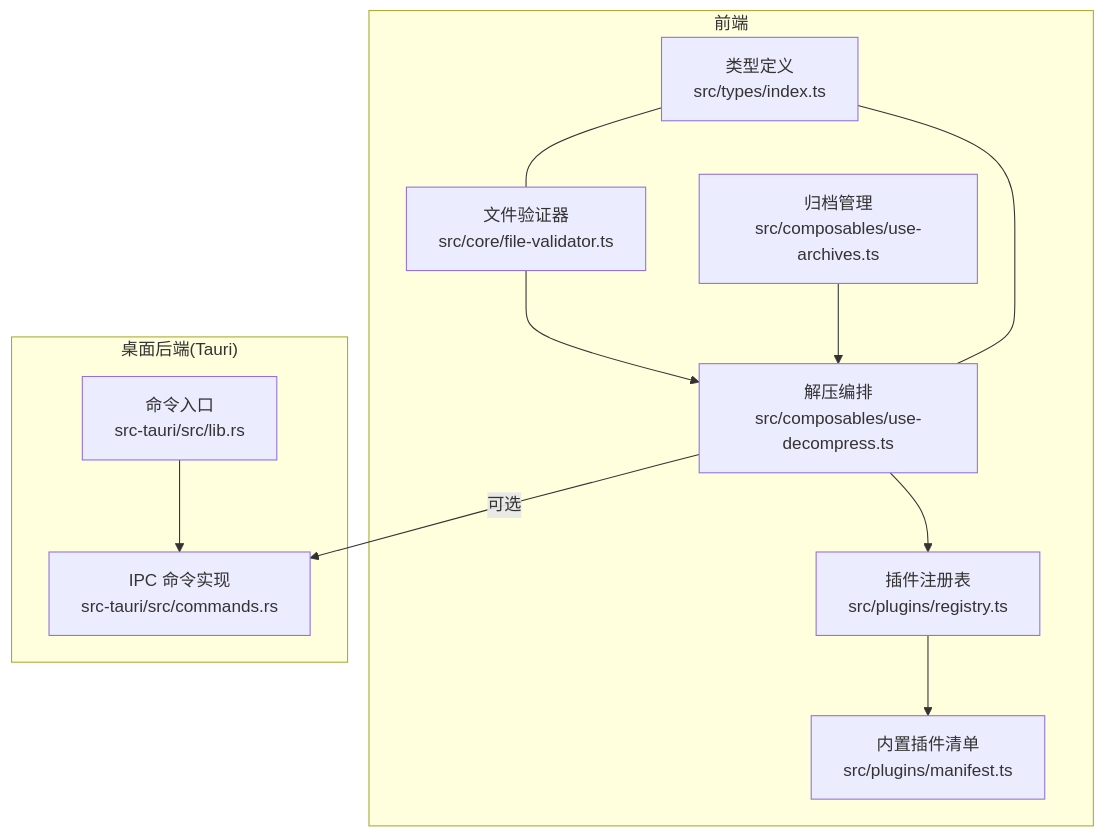
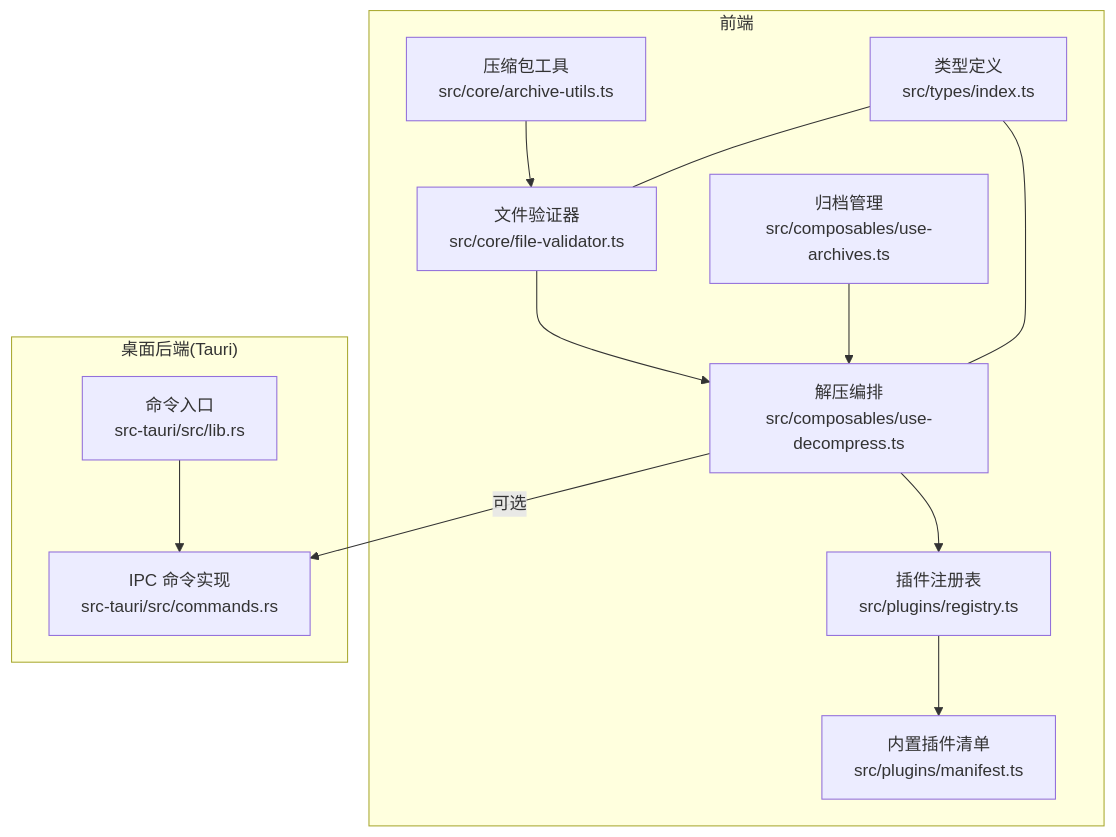
One commit to taoweidong/Hello-Tauri changed the first of 5 diagrams in .qoder/repowiki/zh/content/核心模块/文件验证系统.md. Above: the diagram before and after it, drawn with Mermaid. The commit also changed other lines of this file and 8 other files, not shown here.

````diff
--- a/.qoder/repowiki/zh/content/核心模块/文件验证系统.md
+++ b/.qoder/repowiki/zh/content/核心模块/文件验证系统.md
@@ -39,23 +50,25 @@
 ```mermaid
 graph TB
 subgraph "前端"
 A["文件验证器<br/>src/core/file-validator.ts"]
 B["归档管理<br/>src/composables/use-archives.ts"]
 C["解压编排<br/>src/composables/use-decompress.ts"]
 D["插件注册表<br/>src/plugins/registry.ts"]
 E["内置插件清单<br/>src/plugins/manifest.ts"]
 F["类型定义<br/>src/types/index.ts"]
+G["压缩包工具<br/>src/core/archive-utils.ts"]
 end
 subgraph "桌面后端(Tauri)"
-G["命令入口<br/>src-tauri/src/lib.rs"]
-H["IPC 命令实现<br/>src-tauri/src/commands.rs"]
+H["命令入口<br/>src-tauri/src/lib.rs"]
+I["IPC 命令实现<br/>src-tauri/src/commands.rs"]
 end
 A --> C
 B --> C
 C --> D
 D --> E
-C --> |可选| H
-G --> H
+C --> |可选| I
+G --> A
+H --> I
 F --- A
 F --- C
 ```
````
